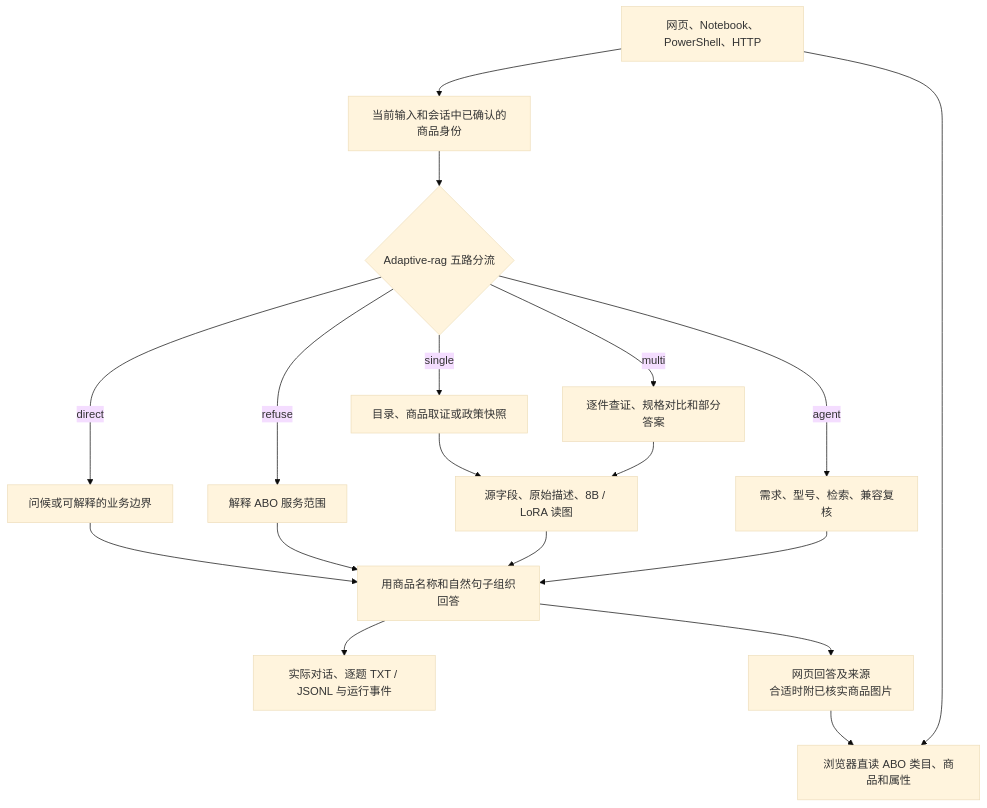
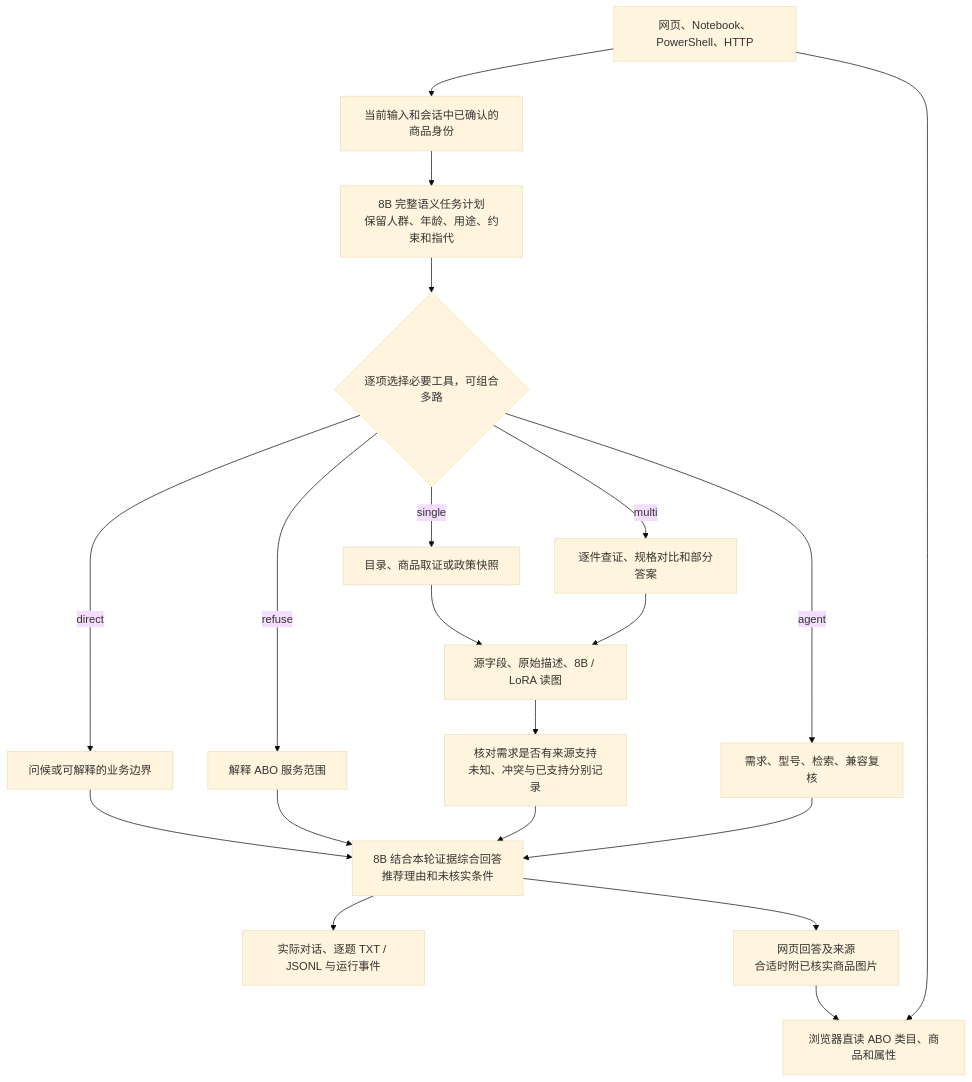
One commit to AaronYue77/ABO-Adaptive-RAG changed the diagram in docs/ABO架构与验证.md. Above: the diagram before and after it, drawn with Mermaid (base theme). The commit also changed other lines of this file and 29 other files, not shown here.

````diff
--- a/docs/ABO架构与验证.md
+++ b/docs/ABO架构与验证.md
@@ -7,20 +7,22 @@
 ```mermaid
 flowchart TD
     A["网页、Notebook、PowerShell、HTTP"] --> B["当前输入和会话中已确认的商品身份"]
     A --> browse["浏览器直读 ABO 类目、商品和属性"]
-    B --> R{"Adaptive-rag 五路分流"}
+    B --> planner["8B 完整语义任务计划<br/>保留人群、年龄、用途、约束和指代"]
+    planner --> R{"逐项选择必要工具，可组合多路"}
     R -->|direct| D["问候或可解释的业务边界"]
     R -->|refuse| F["解释 ABO 服务范围"]
     R -->|single| S["目录、商品取证或政策快照"]
     R -->|multi| M["逐件查证、规格对比和部分答案"]
     R -->|agent| G["需求、型号、检索、兼容复核"]
     S --> E["源字段、原始描述、8B / LoRA 读图"]
     M --> E
-    E --> P["用商品名称和自然句子组织回答"]
+    E --> check["核对需求是否有来源支持<br/>未知、冲突与已支持分别记录"]
+    check --> P["8B 结合本轮证据综合回答<br/>推荐理由和未核实条件"]
     G --> P
     D --> P
     F --> P
     P --> T["实际对话、逐题 TXT / JSONL 与运行事件"]
     P --> W["网页回答及来源<br/>合适时附已核实商品图片"]
     W --> browse
 ```
````
